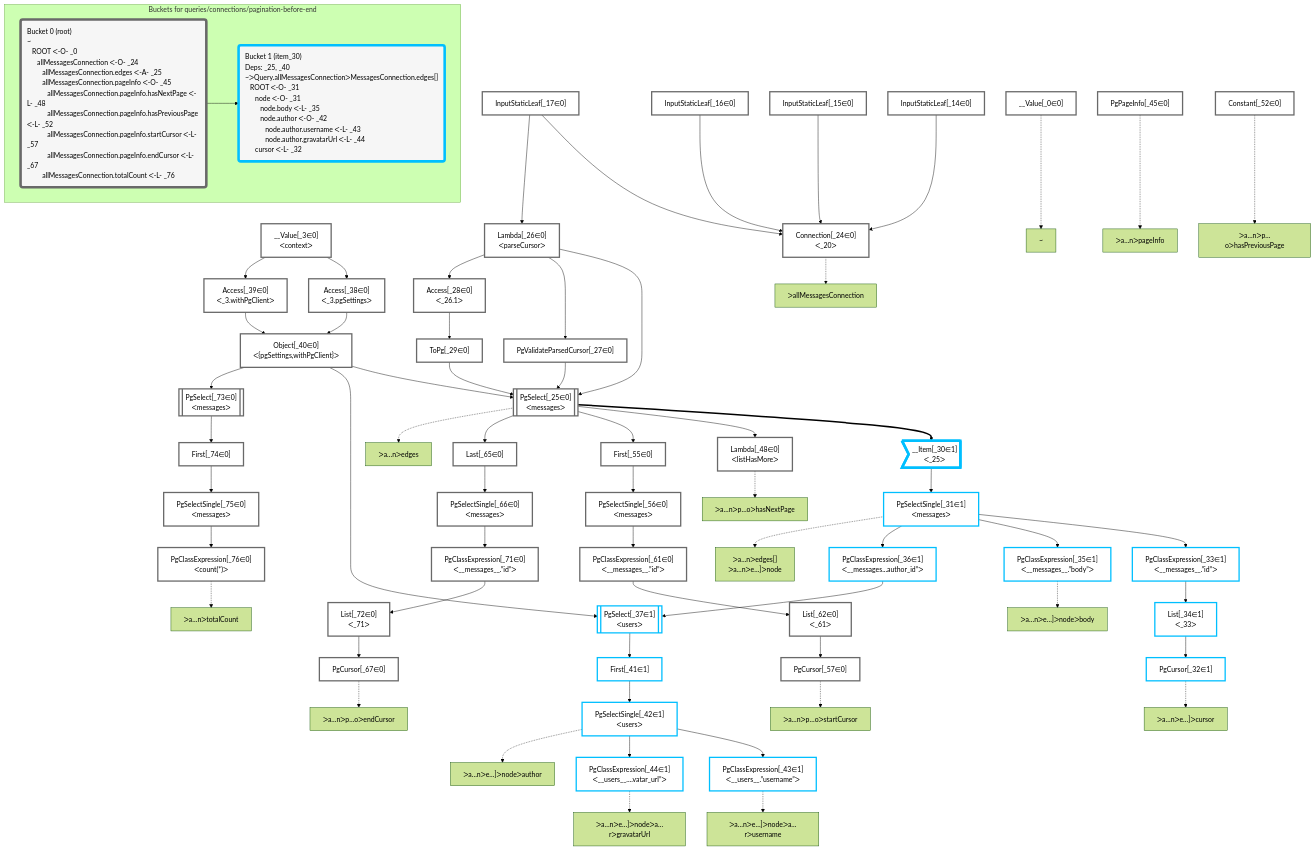
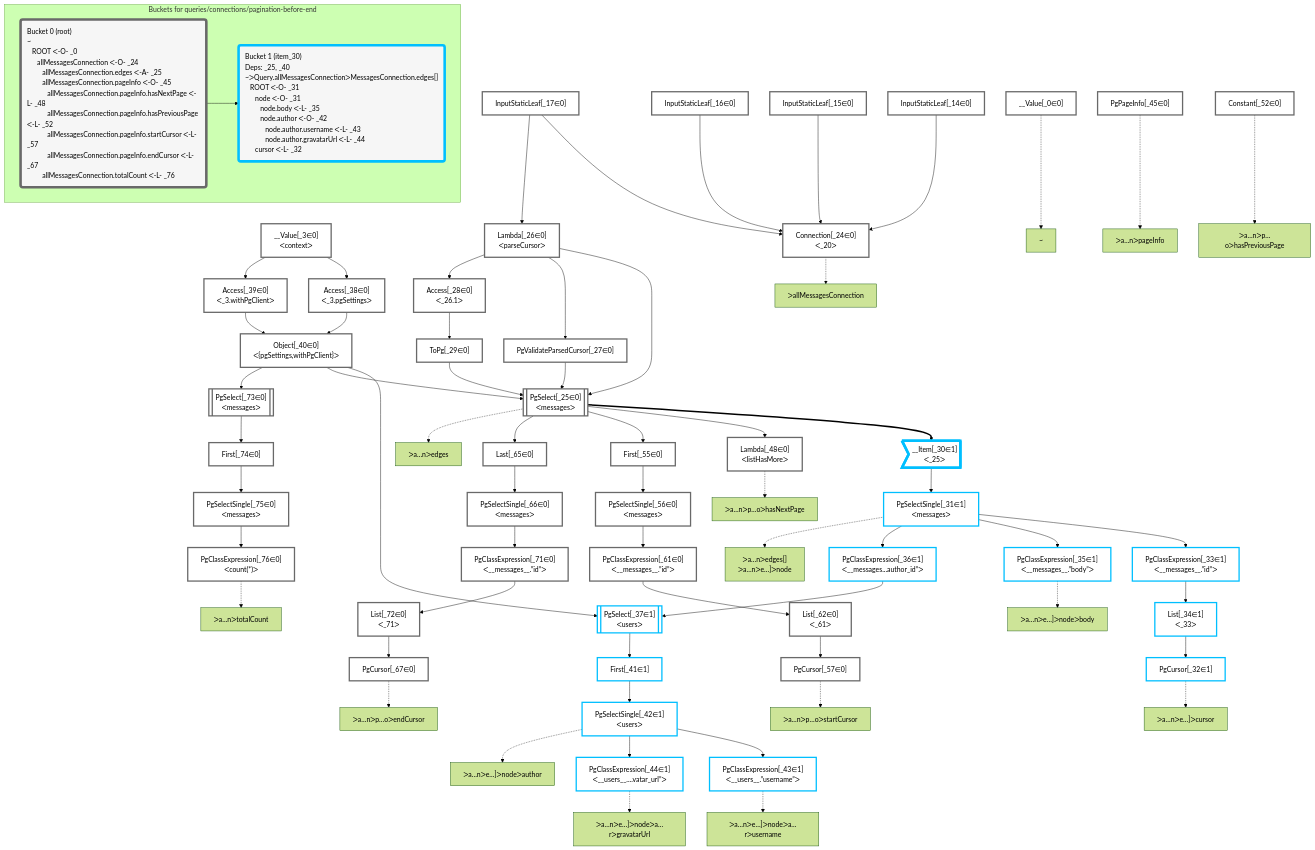
One commit to graphile/crystal changed the diagram in packages/dataplan-pg/__tests__/queries/connections/pagination-before-end.deopt.mermaid.md. Above: the diagram before and after it, drawn with Mermaid (forest theme). The commit also changed other lines of this file and 195 other files, not shown here.

```diff
--- a/packages/dataplan-pg/__tests__/queries/connections/pagination-before-end.deopt.mermaid.md
+++ b/packages/dataplan-pg/__tests__/queries/connections/pagination-before-end.deopt.mermaid.md
@@ -9,87 +9,87 @@
 
     %% define plans
     __Value_0["__Value[_0∈0]"]:::plan
+    PgCursor_32["PgCursor[_32∈1]"]:::plan
+    List_34["List[_34∈1]<br />ᐸ_33ᐳ"]:::plan
+    PgClassExpression_33["PgClassExpression[_33∈1]<br />ᐸ__messages__.”id”ᐳ"]:::plan
+    PgClassExpression_35["PgClassExpression[_35∈1]<br />ᐸ__messages__.”body”ᐳ"]:::plan
+    PgClassExpression_43["PgClassExpression[_43∈1]<br />ᐸ__users__.”username”ᐳ"]:::plan
+    PgClassExpression_44["PgClassExpression[_44∈1]<br />ᐸ__users__....vatar_url”ᐳ"]:::plan
+    PgSelectSingle_42["PgSelectSingle[_42∈1]<br />ᐸusersᐳ"]:::plan
+    First_41["First[_41∈1]"]:::plan
+    PgSelect_37[["PgSelect[_37∈1]<br />ᐸusersᐳ"]]:::plan
+    PgClassExpression_36["PgClassExpression[_36∈1]<br />ᐸ__messages...author_id”ᐳ"]:::plan
+    PgSelectSingle_31["PgSelectSingle[_31∈1]<br />ᐸmessagesᐳ"]:::plan
+    __Item_30>"__Item[_30∈1]<br />ᐸ_25ᐳ"]:::itemplan
+    Lambda_48["Lambda[_48∈0]<br />ᐸlistHasMoreᐳ"]:::plan
+    PgCursor_57["PgCursor[_57∈0]"]:::plan
+    List_62["List[_62∈0]<br />ᐸ_61ᐳ"]:::plan
+    PgClassExpression_61["PgClassExpression[_61∈0]<br />ᐸ__messages__.”id”ᐳ"]:::plan
+    PgSelectSingle_56["PgSelectSingle[_56∈0]<br />ᐸmessagesᐳ"]:::plan
+    First_55["First[_55∈0]"]:::plan
+    PgCursor_67["PgCursor[_67∈0]"]:::plan
+    List_72["List[_72∈0]<br />ᐸ_71ᐳ"]:::plan
+    PgClassExpression_71["PgClassExpression[_71∈0]<br />ᐸ__messages__.”id”ᐳ"]:::plan
+    PgSelectSingle_66["PgSelectSingle[_66∈0]<br />ᐸmessagesᐳ"]:::plan
+    Last_65["Last[_65∈0]"]:::plan
+    PgSelect_25[["PgSelect[_25∈0]<br />ᐸmessagesᐳ"]]:::plan
+    PgClassExpression_76["PgClassExpression[_76∈0]<br />ᐸcount(*)ᐳ"]:::plan
+    PgSelectSingle_75["PgSelectSingle[_75∈0]<br />ᐸmessagesᐳ"]:::plan
+    First_74["First[_74∈0]"]:::plan
+    PgSelect_73[["PgSelect[_73∈0]<br />ᐸmessagesᐳ"]]:::plan
+    Object_40["Object[_40∈0]<br />ᐸ{pgSettings,withPgClient}ᐳ"]:::plan
+    Access_38["Access[_38∈0]<br />ᐸ_3.pgSettingsᐳ"]:::plan
+    Access_39["Access[_39∈0]<br />ᐸ_3.withPgClientᐳ"]:::plan
     __Value_3["__Value[_3∈0]<br />ᐸcontextᐳ"]:::plan
+    Connection_24["Connection[_24∈0]<br />ᐸ_20ᐳ"]:::plan
     InputStaticLeaf_14["InputStaticLeaf[_14∈0]"]:::plan
     InputStaticLeaf_15["InputStaticLeaf[_15∈0]"]:::plan
     InputStaticLeaf_16["InputStaticLeaf[_16∈0]"]:::plan
+    PgValidateParsedCursor_27["PgValidateParsedCursor[_27∈0]"]:::plan
+    ToPg_29["ToPg[_29∈0]"]:::plan
+    Access_28["Access[_28∈0]<br />ᐸ_26.1ᐳ"]:::plan
+    Lambda_26["Lambda[_26∈0]<br />ᐸparseCursorᐳ"]:::plan
     InputStaticLeaf_17["InputStaticLeaf[_17∈0]"]:::plan
-    Connection_24["Connection[_24∈0]<br />ᐸ_20ᐳ"]:::plan
-    PgSelect_25[["PgSelect[_25∈0]<br />ᐸmessagesᐳ"]]:::plan
-    Lambda_26["Lambda[_26∈0]<br />ᐸparseCursorᐳ"]:::plan
-    PgValidateParsedCursor_27["PgValidateParsedCursor[_27∈0]"]:::plan
-    Access_28["Access[_28∈0]<br />ᐸ_26.1ᐳ"]:::plan
-    ToPg_29["ToPg[_29∈0]"]:::plan
-    __Item_30>"__Item[_30∈1]<br />ᐸ_25ᐳ"]:::itemplan
-    PgSelectSingle_31["PgSelectSingle[_31∈1]<br />ᐸmessagesᐳ"]:::plan
-    PgCursor_32["PgCursor[_32∈1]"]:::plan
-    PgClassExpression_33["PgClassExpression[_33∈1]<br />ᐸ__messages__.”id”ᐳ"]:::plan
-    List_34["List[_34∈1]<br />ᐸ_33ᐳ"]:::plan
-    PgClassExpression_35["PgClassExpression[_35∈1]<br />ᐸ__messages__.”body”ᐳ"]:::plan
-    PgClassExpression_36["PgClassExpression[_36∈1]<br />ᐸ__messages...author_id”ᐳ"]:::plan
-    PgSelect_37[["PgSelect[_37∈1]<br />ᐸusersᐳ"]]:::plan
-    Access_38["Access[_38∈0]<br />ᐸ_3.pgSettingsᐳ"]:::plan
-    Access_39["Access[_39∈0]<br />ᐸ_3.withPgClientᐳ"]:::plan
-    Object_40["Object[_40∈0]<br />ᐸ{pgSettings,withPgClient}ᐳ"]:::plan
-    First_41["First[_41∈1]"]:::plan
-    PgSelectSingle_42["PgSelectSingle[_42∈1]<br />ᐸusersᐳ"]:::plan
-    PgClassExpression_43["PgClassExpression[_43∈1]<br />ᐸ__users__.”username”ᐳ"]:::plan
-    PgClassExpression_44["PgClassExpression[_44∈1]<br />ᐸ__users__....vatar_url”ᐳ"]:::plan
     PgPageInfo_45["PgPageInfo[_45∈0]"]:::plan
-    Lambda_48["Lambda[_48∈0]<br />ᐸlistHasMoreᐳ"]:::plan
     Constant_52["Constant[_52∈0]"]:::plan
-    First_55["First[_55∈0]"]:::plan
-    PgSelectSingle_56["PgSelectSingle[_56∈0]<br />ᐸmessagesᐳ"]:::plan
-    PgCursor_57["PgCursor[_57∈0]"]:::plan
-    PgClassExpression_61["PgClassExpression[_61∈0]<br />ᐸ__messages__.”id”ᐳ"]:::plan
-    List_62["List[_62∈0]<br />ᐸ_61ᐳ"]:::plan
-    Last_65["Last[_65∈0]"]:::plan
-    PgSelectSingle_66["PgSelectSingle[_66∈0]<br />ᐸmessagesᐳ"]:::plan
-    PgCursor_67["PgCursor[_67∈0]"]:::plan
-    PgClassExpression_71["PgClassExpression[_71∈0]<br />ᐸ__messages__.”id”ᐳ"]:::plan
-    List_72["List[_72∈0]<br />ᐸ_71ᐳ"]:::plan
-    PgSelect_73[["PgSelect[_73∈0]<br />ᐸmessagesᐳ"]]:::plan
-    First_74["First[_74∈0]"]:::plan
-    PgSelectSingle_75["PgSelectSingle[_75∈0]<br />ᐸmessagesᐳ"]:::plan
-    PgClassExpression_76["PgClassExpression[_76∈0]<br />ᐸcount(*)ᐳ"]:::plan
 
     %% plan dependencies
-    InputStaticLeaf_14 & InputStaticLeaf_15 & InputStaticLeaf_16 & InputStaticLeaf_17 --> Connection_24
+    List_34 --> PgCursor_32
+    PgClassExpression_33 --> List_34
+    PgSelectSingle_31 --> PgClassExpression_33
+    PgSelectSingle_31 --> PgClassExpression_35
+    PgSelectSingle_42 --> PgClassExpression_43
+    PgSelectSingle_42 --> PgClassExpression_44
+    First_41 --> PgSelectSingle_42
+    PgSelect_37 --> First_41
+    Object_40 & PgClassExpression_36 --> PgSelect_37
+    PgSelectSingle_31 --> PgClassExpression_36
+    __Item_30 --> PgSelectSingle_31
+    PgSelect_25 ==> __Item_30
+    PgSelect_25 --> Lambda_48
+    List_62 --> PgCursor_57
+    PgClassExpression_61 --> List_62
+    PgSelectSingle_56 --> PgClassExpression_61
+    First_55 --> PgSelectSingle_56
+    PgSelect_25 --> First_55
+    List_72 --> PgCursor_67
+    PgClassExpression_71 --> List_72
+    PgSelectSingle_66 --> PgClassExpression_71
+    Last_65 --> PgSelectSingle_66
+    PgSelect_25 --> Last_65
     Object_40 & Lambda_26 & PgValidateParsedCursor_27 & ToPg_29 --> PgSelect_25
-    InputStaticLeaf_17 --> Lambda_26
-    Lambda_26 --> PgValidateParsedCursor_27
-    Lambda_26 --> Access_28
-    Access_28 --> ToPg_29
-    PgSelect_25 ==> __Item_30
-    __Item_30 --> PgSelectSingle_31
-    List_34 --> PgCursor_32
-    PgSelectSingle_31 --> PgClassExpression_33
-    PgClassExpression_33 --> List_34
-    PgSelectSingle_31 --> PgClassExpression_35
-    PgSelectSingle_31 --> PgClassExpression_36
-    Object_40 & PgClassExpression_36 --> PgSelect_37
+    PgSelectSingle_75 --> PgClassExpression_76
+    First_74 --> PgSelectSingle_75
+    PgSelect_73 --> First_74
+    Object_40 --> PgSelect_73
+    Access_38 & Access_39 --> Object_40
     __Value_3 --> Access_38
     __Value_3 --> Access_39
-    Access_38 & Access_39 --> Object_40
-    PgSelect_37 --> First_41
-    First_41 --> PgSelectSingle_42
-    PgSelectSingle_42 --> PgClassExpression_43
-    PgSelectSingle_42 --> PgClassExpression_44
-    PgSelect_25 --> Lambda_48
-    PgSelect_25 --> First_55
-    First_55 --> PgSelectSingle_56
-    List_62 --> PgCursor_57
-    PgSelectSingle_56 --> PgClassExpression_61
-    PgClassExpression_61 --> List_62
-    PgSelect_25 --> Last_65
-    Last_65 --> PgSelectSingle_66
-    List_72 --> PgCursor_67
-    PgSelectSingle_66 --> PgClassExpression_71
-    PgClassExpression_71 --> List_72
-    Object_40 --> PgSelect_73
-    PgSelect_73 --> First_74
-    First_74 --> PgSelectSingle_75
-    PgSelectSingle_75 --> PgClassExpression_76
+    InputStaticLeaf_14 & InputStaticLeaf_15 & InputStaticLeaf_16 & InputStaticLeaf_17 --> Connection_24
+    Lambda_26 --> PgValidateParsedCursor_27
+    Access_28 --> ToPg_29
+    Lambda_26 --> Access_28
+    InputStaticLeaf_17 --> Lambda_26
 
     %% plan-to-path relationships
     P_0["~"]
```
